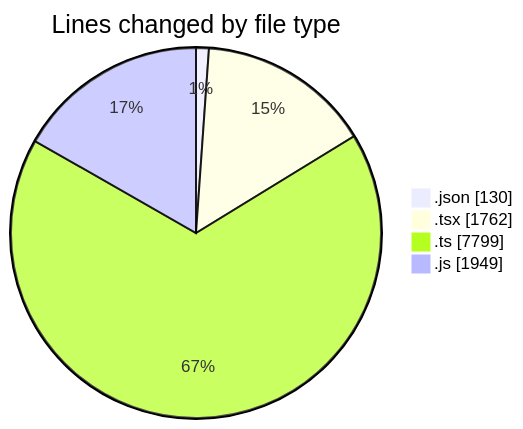
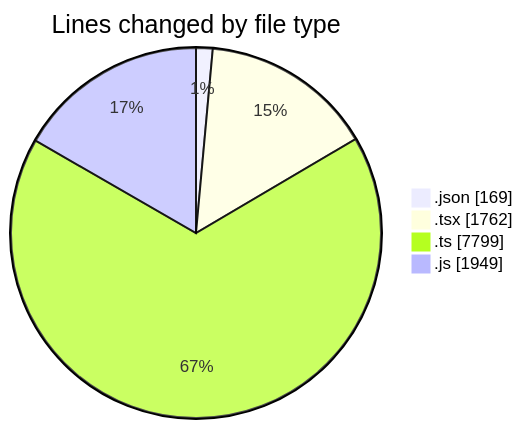
One commit to momahboobian/code-tracking changed the first of 2 diagrams in 2025-07-28/cda/README.md. Above: the diagram before and after it, drawn with Mermaid. The commit also changed other lines of this file and 1 other file, not shown here.

````diff
--- a/2025-07-28/cda/README.md
+++ b/2025-07-28/cda/README.md
@@ -31,8 +31,8 @@
 ```mermaid
 pie showData
 title Lines changed by file type
-".json" : 130
+".json" : 169
 ".tsx" : 1762
 ".ts" : 7799
 ".js" : 1949
 ```
````
